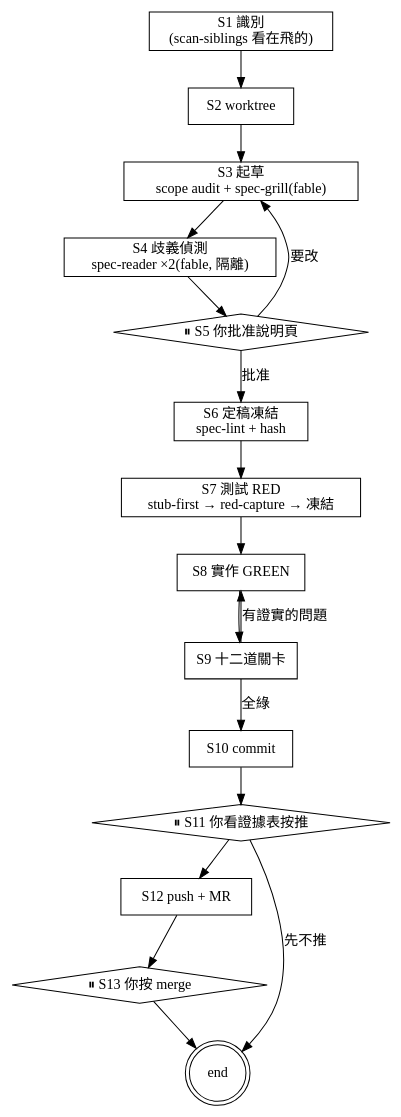
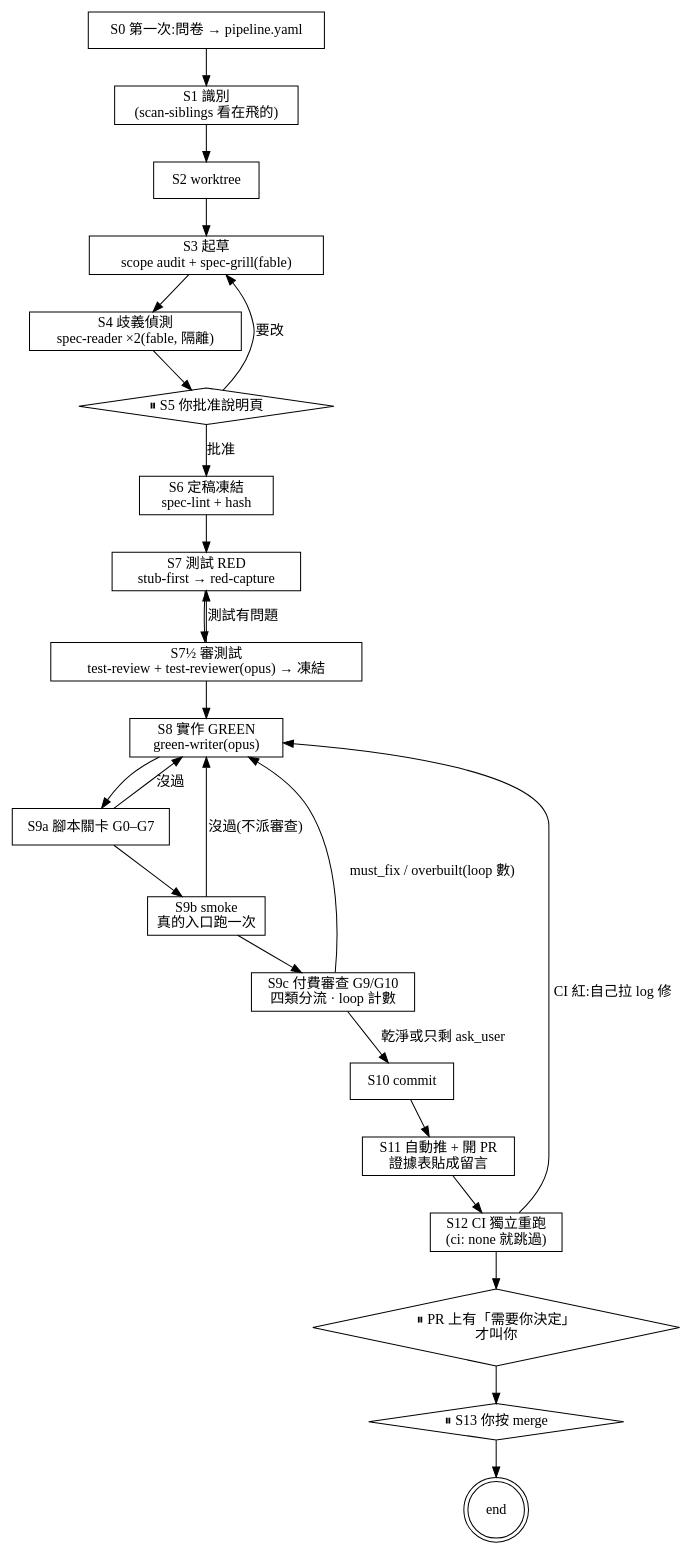
Before and after one commit to Chiao75543/claude-workflow: the diagram in skills/workflow-orchestrator/SKILL.md, drawn with Graphviz. The commit also changed other lines of this file and 33 other files, not shown here.

First line of the commit message:
feat(pipeline): S7 以後改版 —— 審過才凍結、smoke 前移、四類分流、loop 計數、自動推 + PR 留言、S0 問卷

````diff
--- a/skills/workflow-orchestrator/SKILL.md
+++ b/skills/workflow-orchestrator/SKILL.md
@@ -81,27 +99,35 @@
 ```dot
 digraph workflow {
+  s0 [shape=box, label="S0 第一次:問卷 → pipeline.yaml"];
   s1 [shape=box, label="S1 識別\n(scan-siblings 看在飛的)"];
   s2 [shape=box, label="S2 worktree"];
   s3 [shape=box, label="S3 起草\nscope audit + spec-grill(fable)"];
   s4 [shape=box, label="S4 歧義偵測\nspec-reader ×2(fable, 隔離)"];
   s5 [shape=diamond, label="⏸ S5 你批准說明頁"];
   s6 [shape=box, label="S6 定稿凍結\nspec-lint + hash"];
-  s7 [shape=box, label="S7 測試 RED\nstub-first → red-capture → 凍結"];
-  s8 [shape=box, label="S8 實作 GREEN"];
-  s9 [shape=box, label="S9 十二道關卡"];
+  s7 [shape=box, label="S7 測試 RED\nstub-first → red-capture"];
+  s7b [shape=box, label="S7½ 審測試\ntest-review + test-reviewer(opus) → 凍結"];
+  s8 [shape=box, label="S8 實作 GREEN\ngreen-writer(opus)"];
+  s9a [shape=box, label="S9a 腳本關卡 G0–G7"];
+  s9b [shape=box, label="S9b smoke\n真的入口跑一次"];
+  s9c [shape=box, label="S9c 付費審查 G9/G10\n四類分流 · loop 計數"];
   s10 [shape=box, label="S10 commit"];
-  s11 [shape=diamond, label="⏸ S11 你看證據表按推"];
-  s12 [shape=box, label="S12 push + MR"];
+  s11 [shape=box, label="S11 自動推 + 開 PR\n證據表貼成留言"];
+  s12 [shape=box, label="S12 CI 獨立重跑\n(ci: none 就跳過)"];
+  s13a [shape=diamond, label="⏸ PR 上有「需要你決定」\n才叫你"];
   s13 [shape=diamond, label="⏸ S13 你按 merge"];
   done [shape=doublecircle, label="end"];
 
-  s1 -> s2 -> s3 -> s4 -> s5;
+  s0 -> s1 -> s2 -> s3 -> s4 -> s5;
   s5 -> s3 [label="要改"];
   s5 -> s6 [label="批准"];
-  s6 -> s7 -> s8 -> s9;
-  s9 -> s8 [label="有證實的問題"];
-  s9 -> s10 [label="全綠"];
-  s10 -> s11 -> s12 -> s13 -> done;
-  s11 -> done [label="先不推"];
+  s6 -> s7 -> s7b -> s8 -> s9a -> s9b -> s9c;
+  s7b -> s7 [label="測試有問題"];
+  s9a -> s8 [label="沒過"];
+  s9b -> s8 [label="沒過(不派審查)"];
+  s9c -> s8 [label="must_fix / overbuilt(loop 數)"];
+  s9c -> s10 [label="乾淨或只剩 ask_user"];
+  s10 -> s11 -> s12 -> s13a -> s13 -> done;
+  s12 -> s8 [label="CI 紅:自己拉 log 修"];
 }
 ```
````
